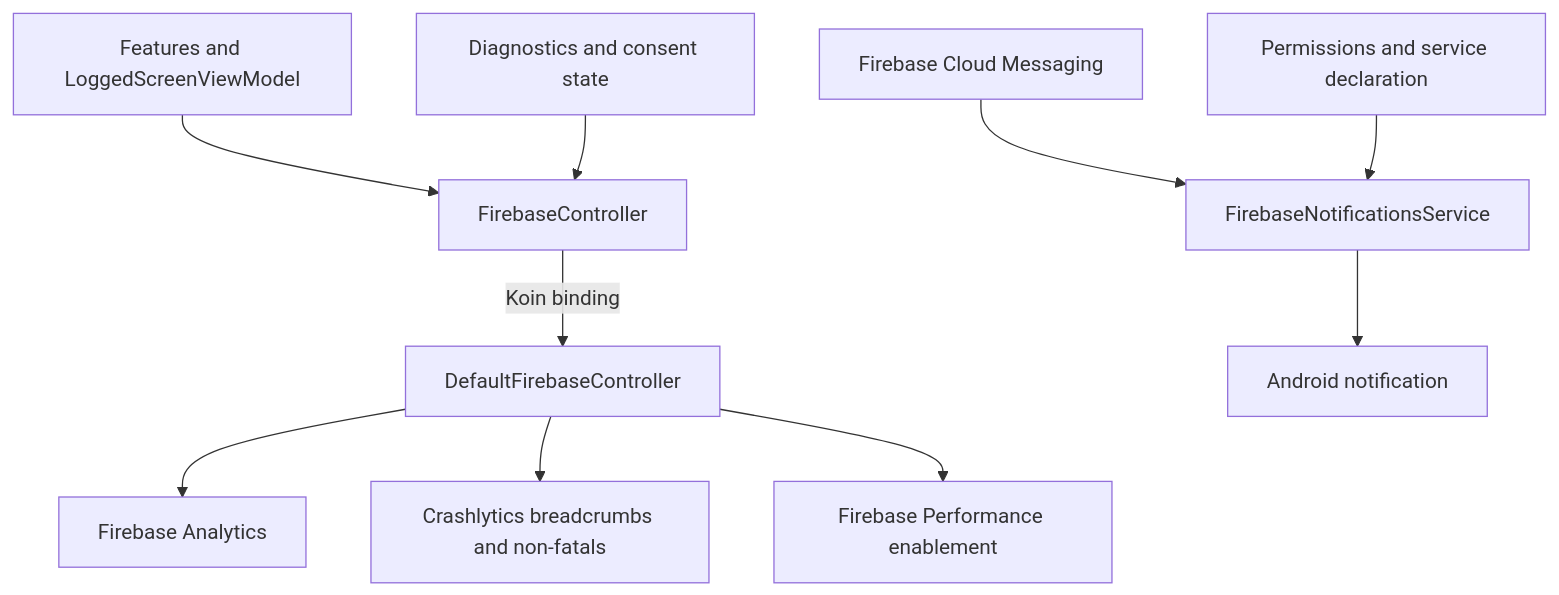
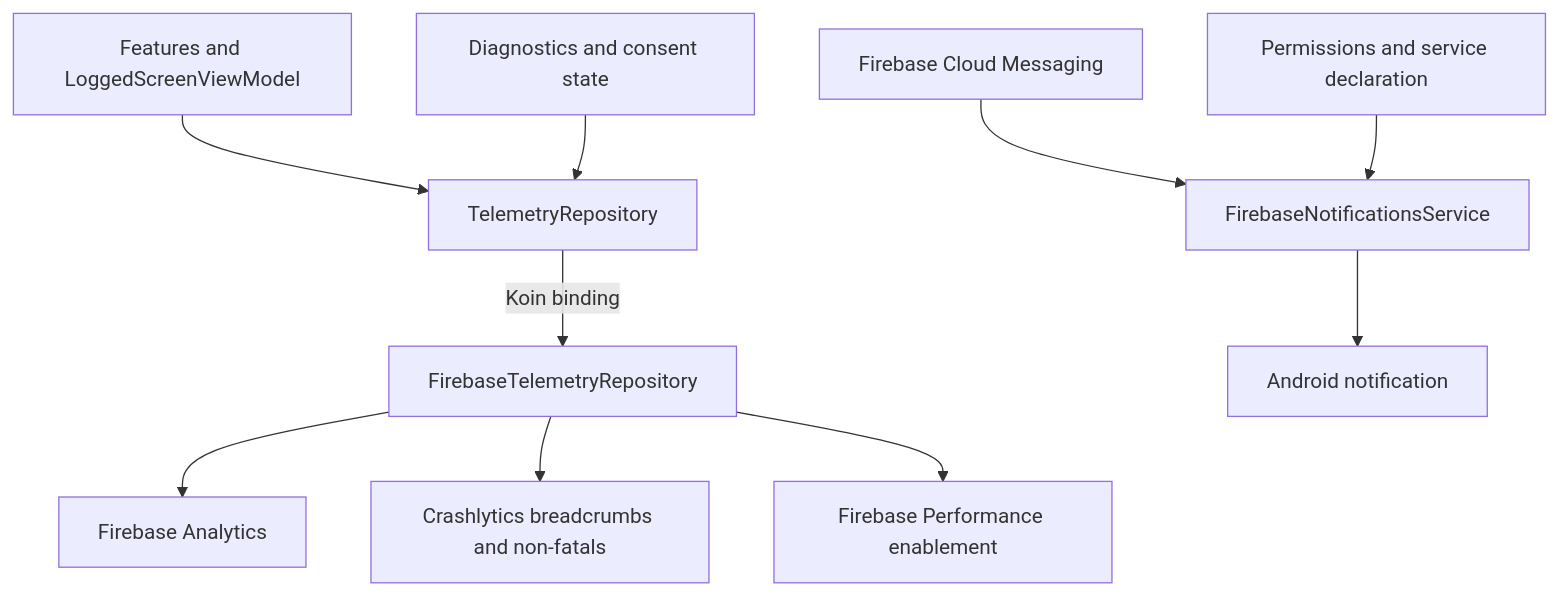
The diagram in library/integration/firebase/README.md (MihaiCristianCondrea/App-Toolkit-for-Android), drawn with Mermaid before and after one commit. The commit also changed other lines of this file and 216 other files, not shown here.

````diff
--- a/library/integration/firebase/README.md
+++ b/library/integration/firebase/README.md
@@ -34,12 +36,12 @@
 ```mermaid
 flowchart TD
-    Features[Features and LoggedScreenViewModel] --> Contract[FirebaseController]
+    Features[Features and LoggedScreenViewModel] --> Contract[TelemetryRepository]
     Consent[Diagnostics and consent state] --> Contract
-    Contract -->|Koin binding| Impl[DefaultFirebaseController]
+    Contract -->|Koin binding| Impl[FirebaseTelemetryRepository]
     Impl --> Analytics[Firebase Analytics]
     Impl --> Crash[Crashlytics breadcrumbs and non-fatals]
     Impl --> Performance[Firebase Performance enablement]
     FCM[Firebase Cloud Messaging] --> Service[FirebaseNotificationsService]
     Service --> Notification[Android notification]
     Manifest[Permissions and service declaration] --> Service
 ```
````
